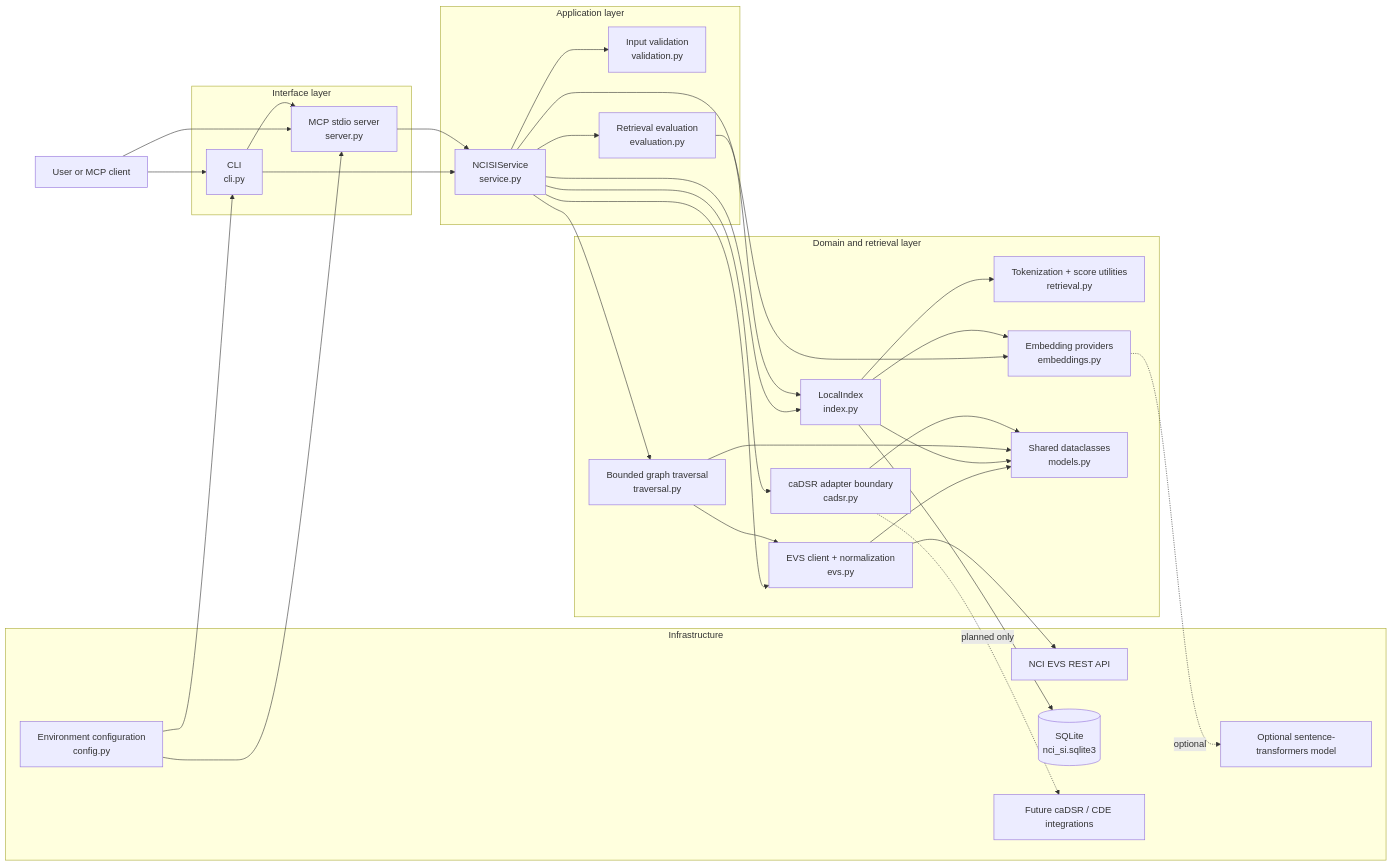
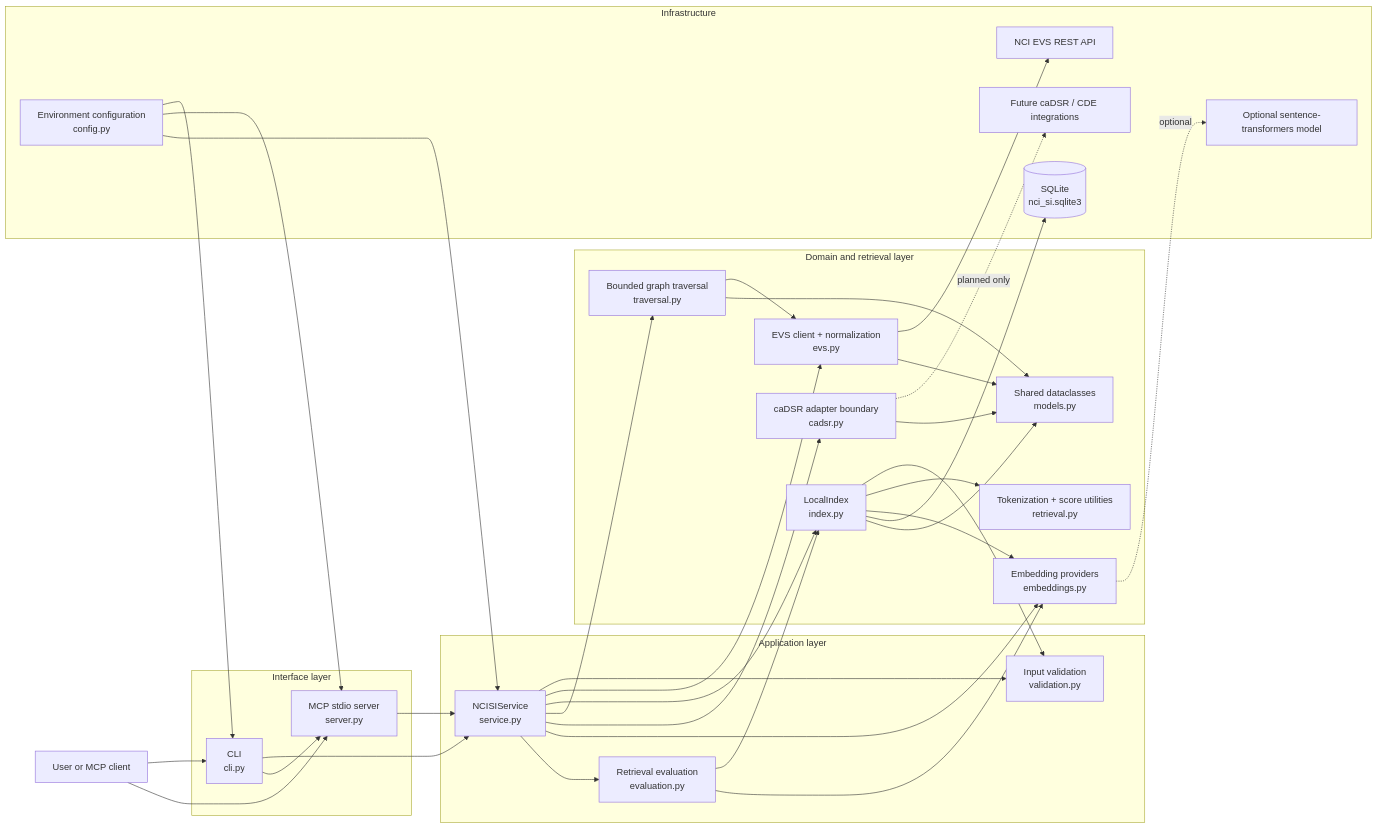
Before and after one commit to CBIIT/nci-si-mcp: the first of 2 diagrams in ARCHITECTURE.md, drawn with Mermaid. The commit also changed other lines of this file and 23 other files, not shown here.

````diff
--- a/ARCHITECTURE.md
+++ b/ARCHITECTURE.md
@@ -9,63 +9,66 @@
 ```mermaid
 flowchart LR
     User["User or MCP client"]
 
     subgraph Interfaces["Interface layer"]
         CLI["CLI<br/>cli.py"]
         MCP["MCP stdio server<br/>server.py"]
     end
 
     subgraph Application["Application layer"]
         Service["NCISIService<br/>service.py"]
         Validation["Input validation<br/>validation.py"]
         Eval["Retrieval evaluation<br/>evaluation.py"]
     end
 
     subgraph Domain["Domain and retrieval layer"]
         EVS["EVS client + normalization<br/>evs.py"]
         Index["LocalIndex<br/>index.py"]
         Retrieval["Tokenization + score utilities<br/>retrieval.py"]
         Embeddings["Embedding providers<br/>embeddings.py"]
         Traversal["Bounded graph traversal<br/>traversal.py"]
         Cadsr["caDSR adapter boundary<br/>cadsr.py"]
         Models["Shared dataclasses<br/>models.py"]
     end
 
     subgraph Infrastructure["Infrastructure"]
         EVSAPI["NCI EVS REST API"]
         SQLite[("SQLite<br/>nci_si.sqlite3")]
         ST["Optional sentence-transformers model"]
         FutureCadsr["Future caDSR / CDE integrations"]
         Env["Environment configuration<br/>config.py"]
     end
 
     User --> CLI
     User --> MCP
     CLI --> Service
     CLI --> MCP
     MCP --> Service
 
     Env --> CLI
     Env --> MCP
     Service --> Validation
     Service --> EVS
     Service --> Index
     Service --> Traversal
     Service --> Cadsr
     Service --> Embeddings
     Service --> Eval
+    Env --> Service
     Eval --> Index
+    Eval --> Embeddings
+    Index --> Validation
 
     EVS --> EVSAPI
     Traversal --> EVS
     Index --> Retrieval
     Index --> Embeddings
     Index --> SQLite
     Embeddings -. "optional" .-> ST
     Cadsr -. "planned only" .-> FutureCadsr
 
     EVS --> Models
     Index --> Models
     Traversal --> Models
     Cadsr --> Models
 ```
````
